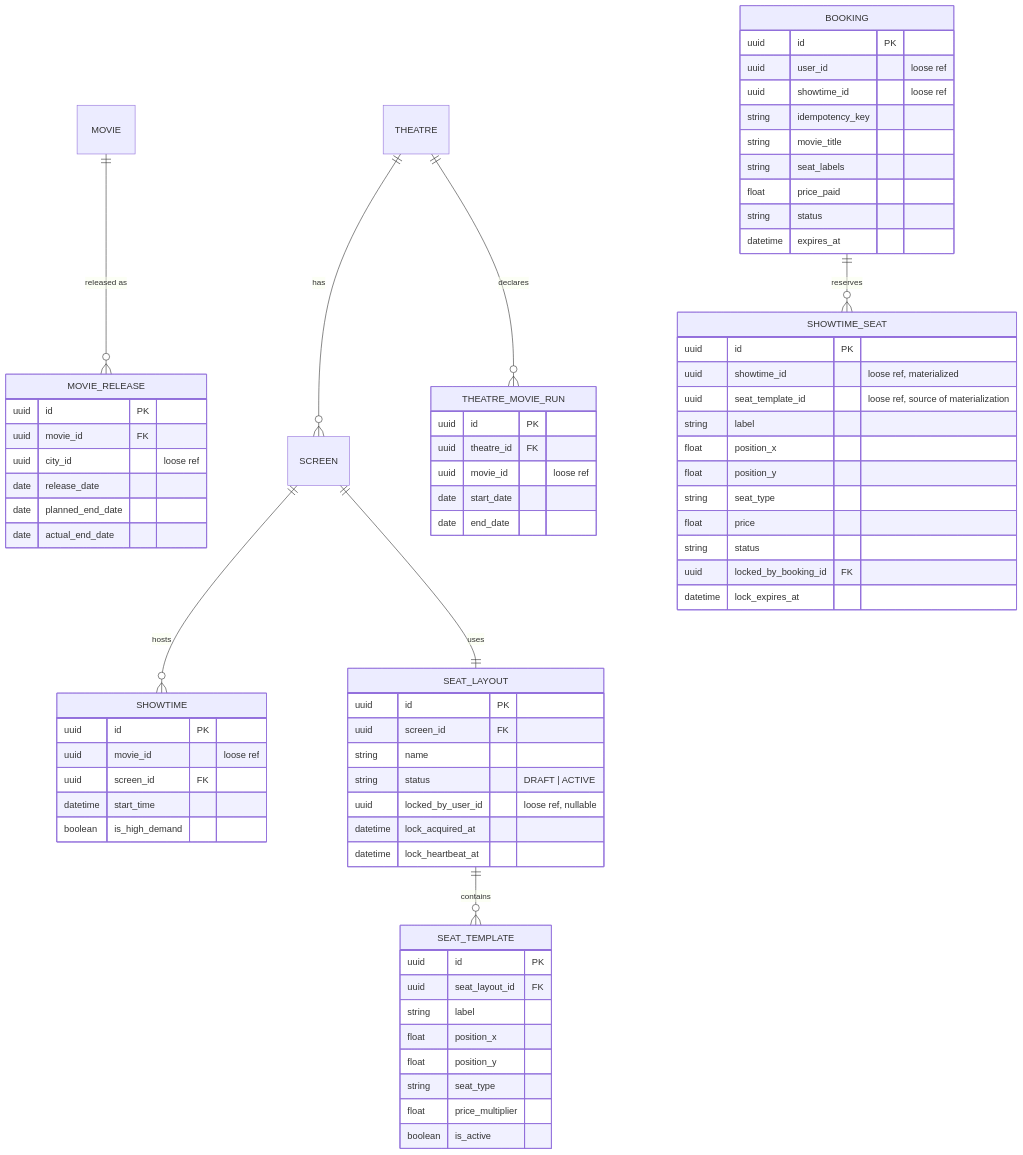
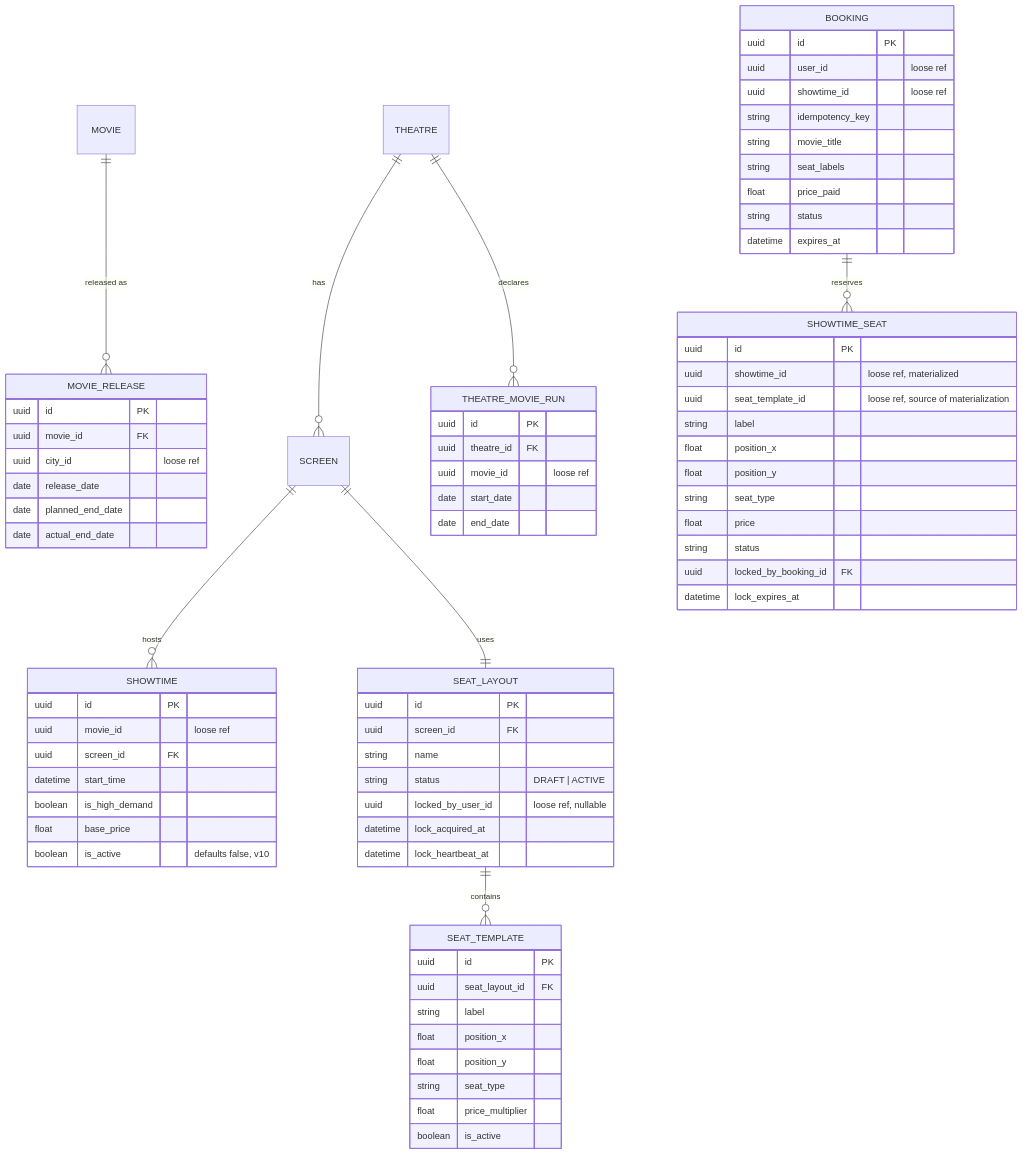
One commit to nishantsuren/movie-booking-system changed the diagram in docs/design.md. Above: the diagram before and after it, drawn with Mermaid. The commit also changed other lines of this file and 10 other files, not shown here.

````diff
--- a/docs/design.md
+++ b/docs/design.md
@@ -124,76 +128,78 @@
 ```mermaid
 erDiagram
   MOVIE ||--o{ MOVIE_RELEASE : "released as"
   THEATRE ||--o{ SCREEN : has
   SCREEN ||--o{ SHOWTIME : hosts
   SCREEN ||--|| SEAT_LAYOUT : uses
   SEAT_LAYOUT ||--o{ SEAT_TEMPLATE : contains
   THEATRE ||--o{ THEATRE_MOVIE_RUN : declares
   BOOKING ||--o{ SHOWTIME_SEAT : reserves
 
   SEAT_LAYOUT {
     uuid id PK
     uuid screen_id FK
     string name
     string status "DRAFT | ACTIVE"
     uuid locked_by_user_id "loose ref, nullable"
     datetime lock_acquired_at
     datetime lock_heartbeat_at
   }
   SEAT_TEMPLATE {
     uuid id PK
     uuid seat_layout_id FK
     string label
     float position_x
     float position_y
     string seat_type
     float price_multiplier
     boolean is_active
   }
   MOVIE_RELEASE {
     uuid id PK
     uuid movie_id FK
     uuid city_id "loose ref"
     date release_date
     date planned_end_date
     date actual_end_date
   }
   SHOWTIME {
     uuid id PK
     uuid movie_id "loose ref"
     uuid screen_id FK
     datetime start_time
     boolean is_high_demand
+    float base_price
+    boolean is_active "defaults false, v10"
   }
   SHOWTIME_SEAT {
     uuid id PK
     uuid showtime_id "loose ref, materialized"
     uuid seat_template_id "loose ref, source of materialization"
     string label
     float position_x
     float position_y
     string seat_type
     float price
     string status
     uuid locked_by_booking_id FK
     datetime lock_expires_at
   }
   BOOKING {
     uuid id PK
     uuid user_id "loose ref"
     uuid showtime_id "loose ref"
     string idempotency_key
     string movie_title
     string seat_labels
     float price_paid
     string status
     datetime expires_at
   }
   THEATRE_MOVIE_RUN {
     uuid id PK
     uuid theatre_id FK
     uuid movie_id "loose ref"
     date start_date
     date end_date
   }
 ```
````
